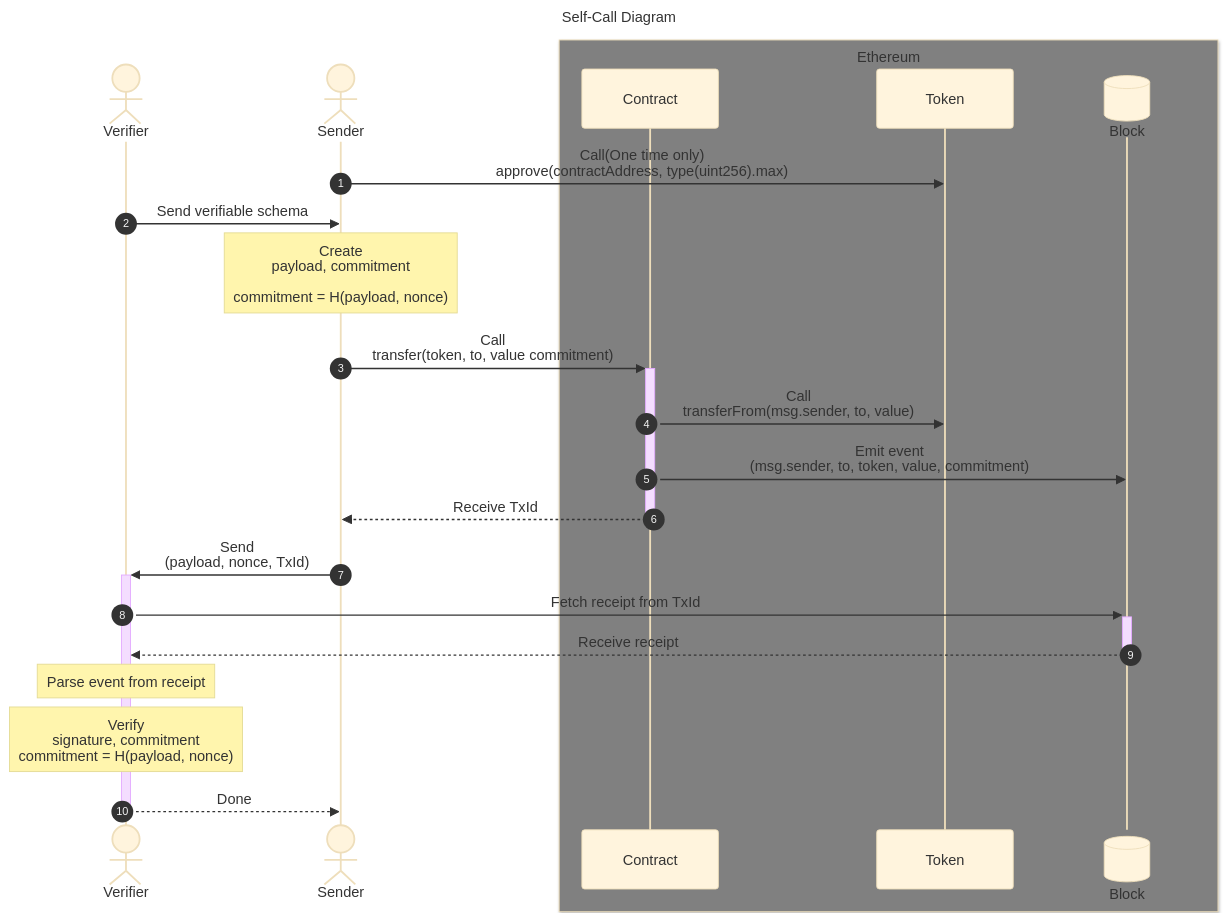
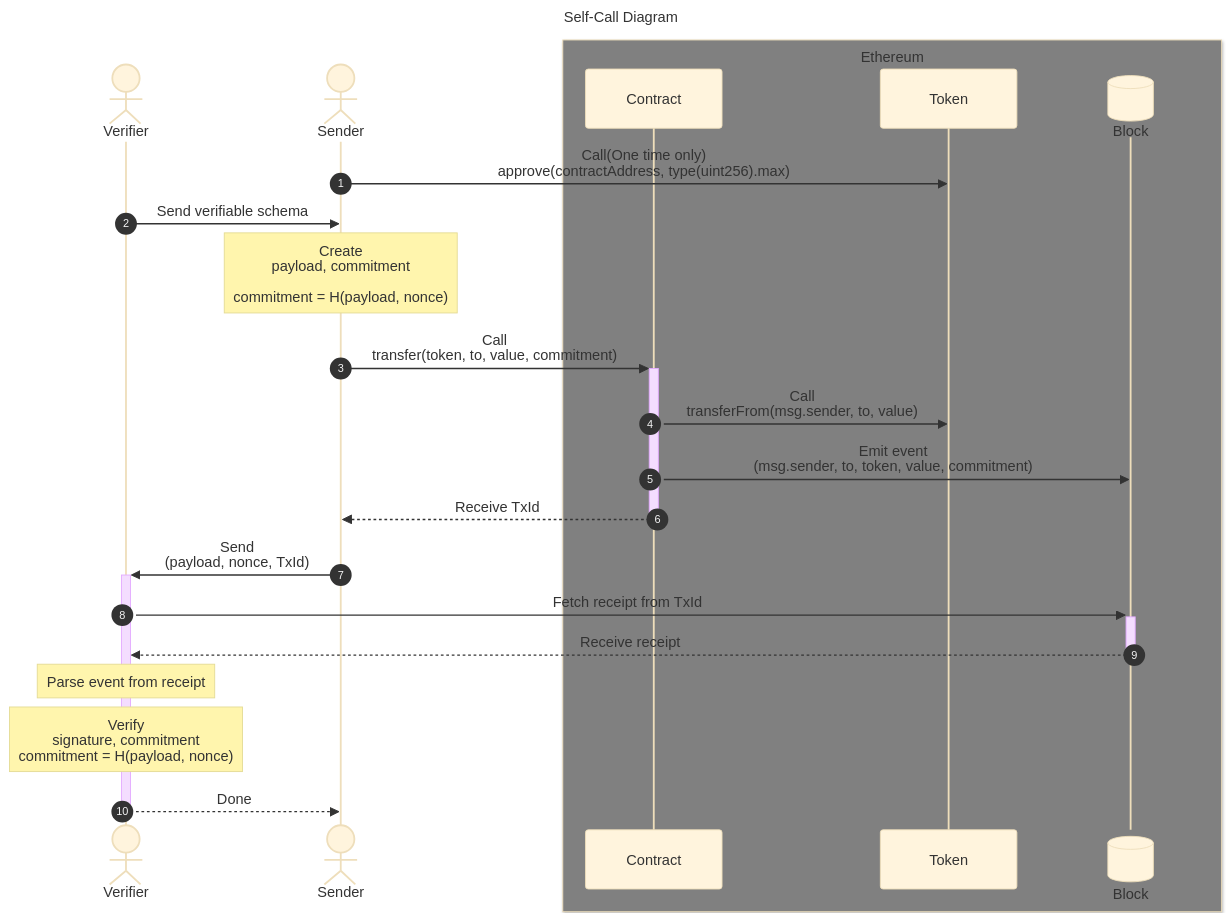
Before and after one commit to Bunsan-Pay/TransferWithCommitment: the third of 5 diagrams in README.md, drawn with Mermaid (base theme). The commit also changed other lines of this file and 240 other files, not shown here.

````diff
--- a/README.md
+++ b/README.md
@@ -103,25 +105,25 @@
 ```mermaid
 sequenceDiagram
     title Self-Call Diagram
     autonumber
     participant Verifier@{"type": "actor"}
     participant Sender@{"type": "actor"}
     box Gray Ethereum
         participant Contract
         participant Token
         participant Block@{"type": "database"}
     end
     Sender->>Token: Call(One time only)<br/>approve(contractAddress, type(uint256).max)
     Verifier->>Sender: Send verifiable schema
     Note over Sender: Create<br/>payload, commitment<br/><br/>commitment = H(payload, nonce)
-    Sender->>+Contract: Call<br/>transfer(token, to, value commitment)
+    Sender->>+Contract: Call<br/>transfer(token, to, value, commitment)
     Contract->>Token: Call<br/>transferFrom(msg.sender, to, value)
     Contract->>Block: Emit event<br/>(msg.sender, to, token, value, commitment)
     Contract-->>-Sender: Receive TxId
     Sender->>+Verifier: Send<br/>(payload, nonce, TxId)
     Verifier->>+Block: Fetch receipt from TxId
     Block-->>-Verifier: Receive receipt
     Note over Verifier: Parse event from receipt
     Note over Verifier: Verify<br/>signature, commitment<br/>commitment = H(payload, nonce)
     Verifier-->>-Sender: Done
 ```
````
